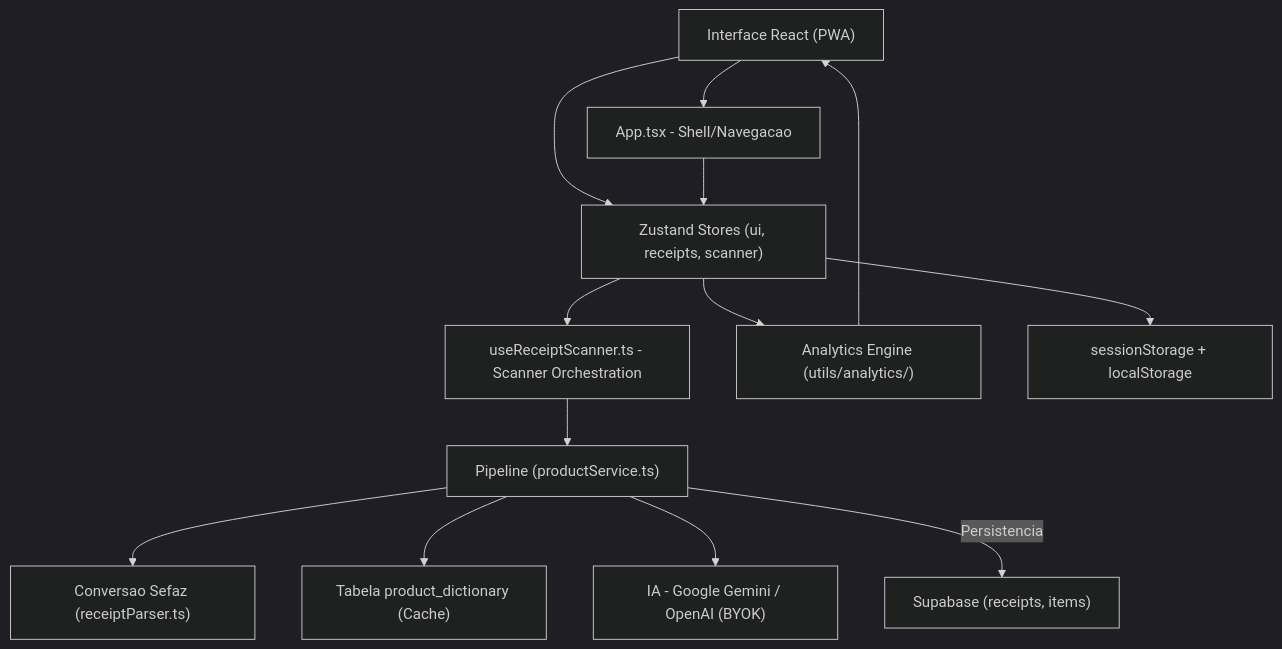
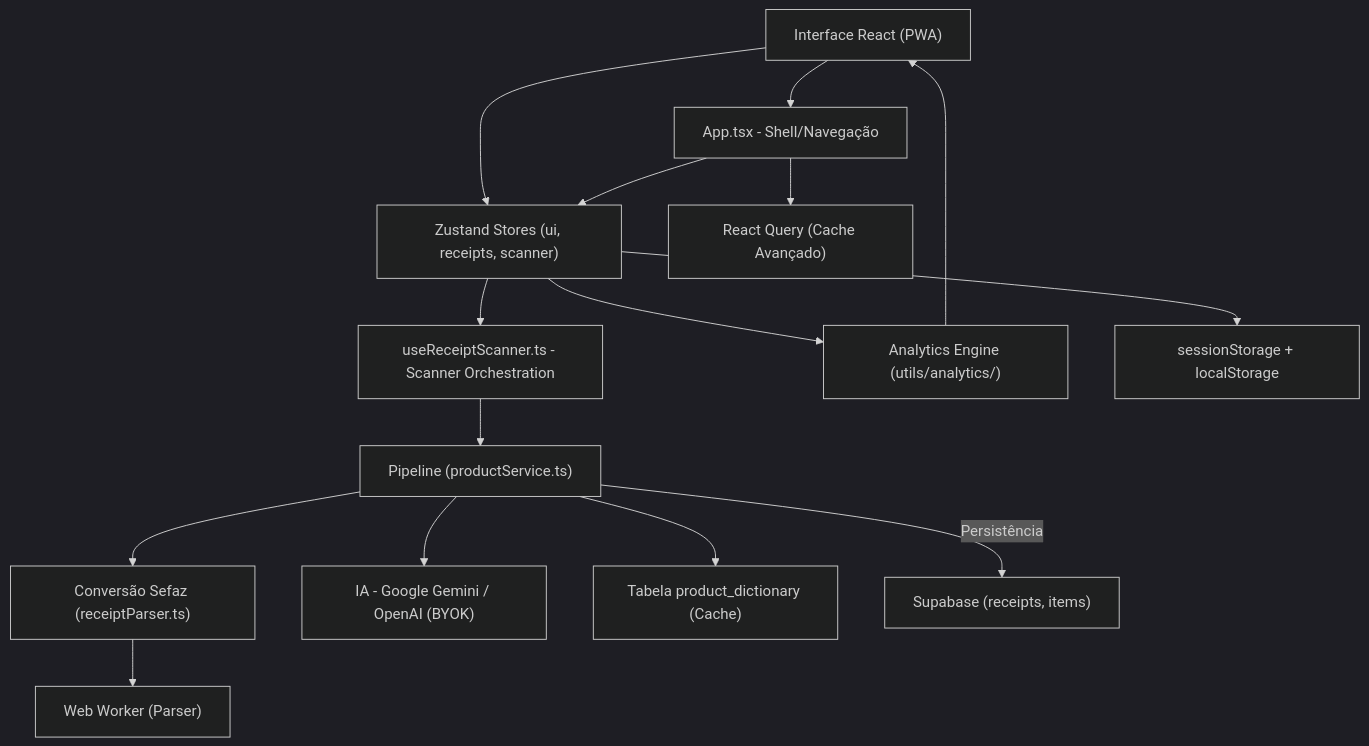
One commit to Bosguega/my_mercado changed the first of 2 diagrams in ARCHITECTURE.md. Above: the diagram before and after it, drawn with Mermaid (dark theme). The commit also changed other lines of this file and 16 other files, not shown here.

Commit message:
feat: Implement core receipt scanning, parsing, and history management features with dedicated UI components and data services.

````diff
--- a/ARCHITECTURE.md
+++ b/ARCHITECTURE.md
@@ -25,27 +26,31 @@
 ```mermaid
 graph TD
     UI["Interface React (PWA)"]
-    App["App.tsx - Shell/Navegacao"]
+    App["App.tsx - Shell/Navegação"]
     Stores["Zustand Stores (ui, receipts, scanner)"]
     ScannerHook["useReceiptScanner.ts - Scanner Orchestration"]
     Analytics["Analytics Engine (utils/analytics/)"]
     Pipeline["Pipeline (productService.ts)"]
-    Services["Conversao Sefaz (receiptParser.ts)"]
+    Services["Conversão Sefaz (receiptParser.ts)"]
     AI["IA - Google Gemini / OpenAI (BYOK)"]
     Dictionary["Tabela product_dictionary (Cache)"]
     Supabase["Supabase (receipts, items)"]
     LocalStorage["sessionStorage + localStorage"]
+    Query["React Query (Cache Avançado)"]
+    Worker["Web Worker (Parser)"]
 
     UI --> App
     UI --> Stores
     App --> Stores
     Stores --> ScannerHook
     Stores --> Analytics
     ScannerHook --> Pipeline
     Pipeline --> Services
     Pipeline --> Dictionary
     Pipeline --> AI
-    Pipeline -- "Persistencia" --> Supabase
+    Pipeline -- "Persistência" --> Supabase
     Stores --> LocalStorage
     Analytics --> UI
+    App --> Query
+    Services --> Worker
 ```
````
